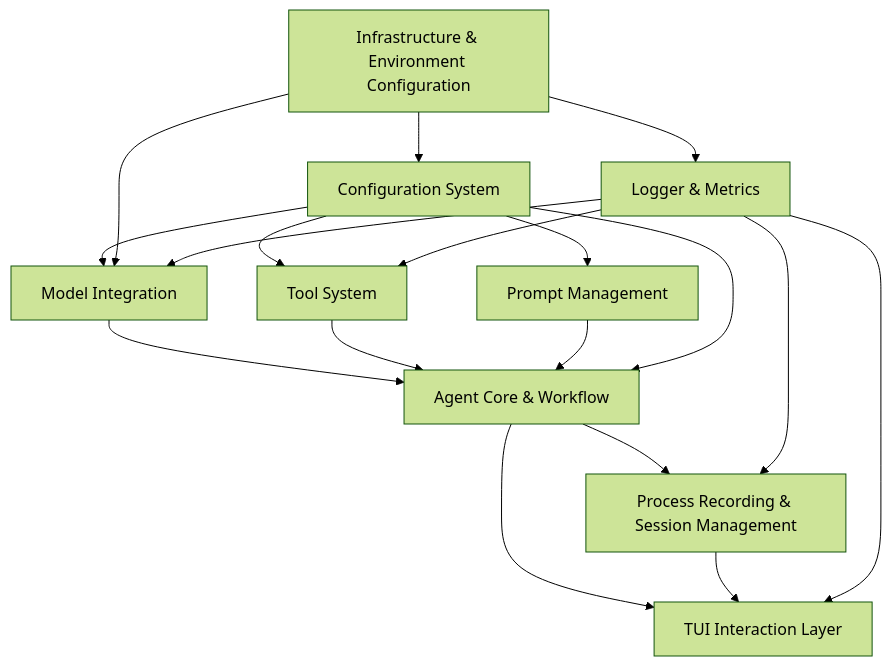
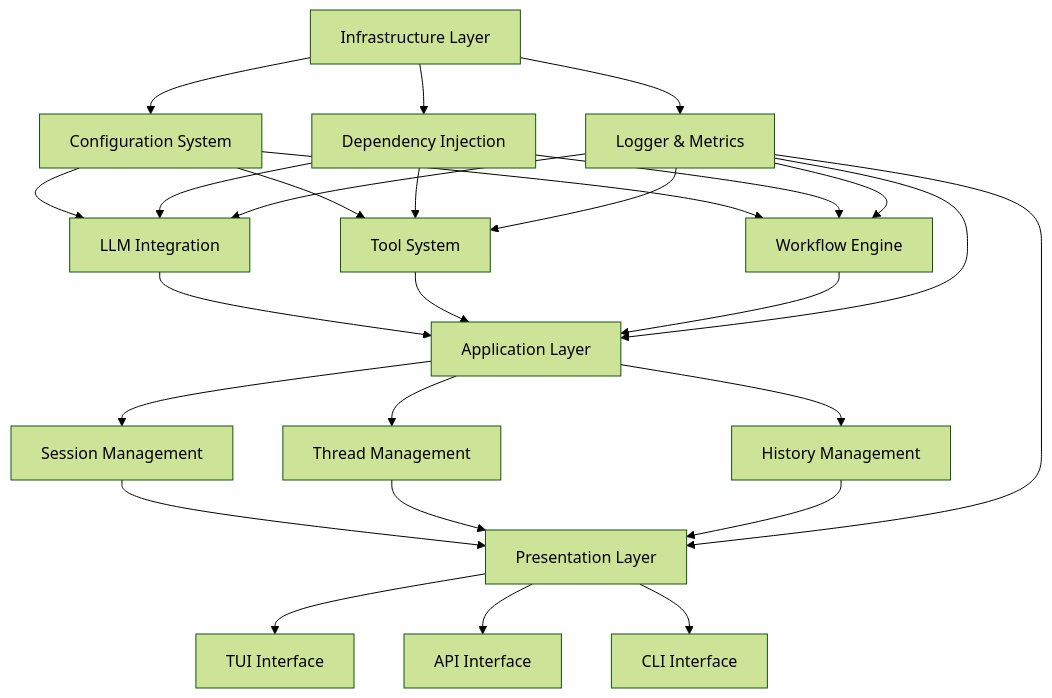
Before and after one commit to kkkqkx123/open-agent: the first of 2 diagrams in AGENTS.md, drawn with Mermaid (forest theme). The commit also changed other lines of this file and 7 other files, not shown here.

````diff
--- a/AGENTS.md
+++ b/AGENTS.md
@@ -196,20 +373,36 @@
 ```mermaid
 graph TD
-    A[Infrastructure & Environment Configuration] --> B[Configuration System]
+    A[Infrastructure Layer] --> B[Configuration System]
     A --> C[Logger & Metrics]
-    B --> D[Model Integration]
-    B --> E[Tool System]
-    B --> F[Prompt Management]
-    A --> D
-    C --> D
+    A --> D[Dependency Injection]
+    
+    B --> E[LLM Integration]
+    B --> F[Tool System]
+    B --> G[Workflow Engine]
+    
+    D --> E
+    D --> F
+    D --> G
+    
+    E --> H[Application Layer]
+    F --> H
+    G --> H
+    
+    H --> I[Session Management]
+    H --> J[Thread Management]
+    H --> K[History Management]
+    
+    I --> L[Presentation Layer]
+    J --> L
+    K --> L
+    
+    L --> M[TUI Interface]
+    L --> N[API Interface]
+    L --> O[CLI Interface]
+    
     C --> E
-    D --> G[Agent Core & Workflow]
-    E --> G
-    F --> G
-    B --> G
-    G --> H[Process Recording & Session Management]
+    C --> F
+    C --> G
     C --> H
-    G --> I[TUI Interaction Layer]
-    H --> I
-    C --> I
+    C --> L
 ```
````
